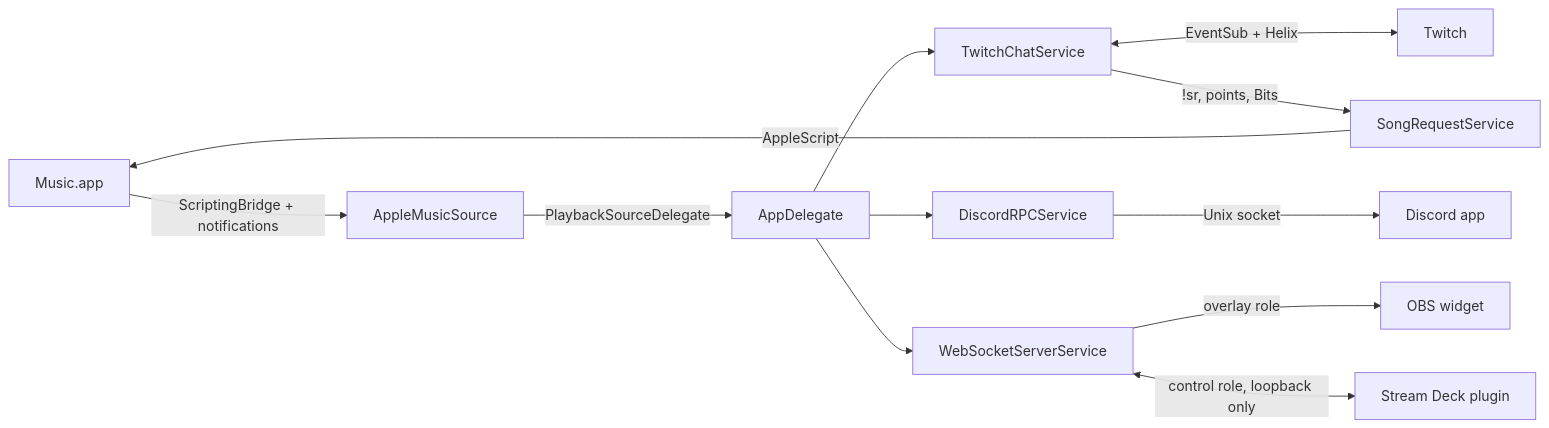
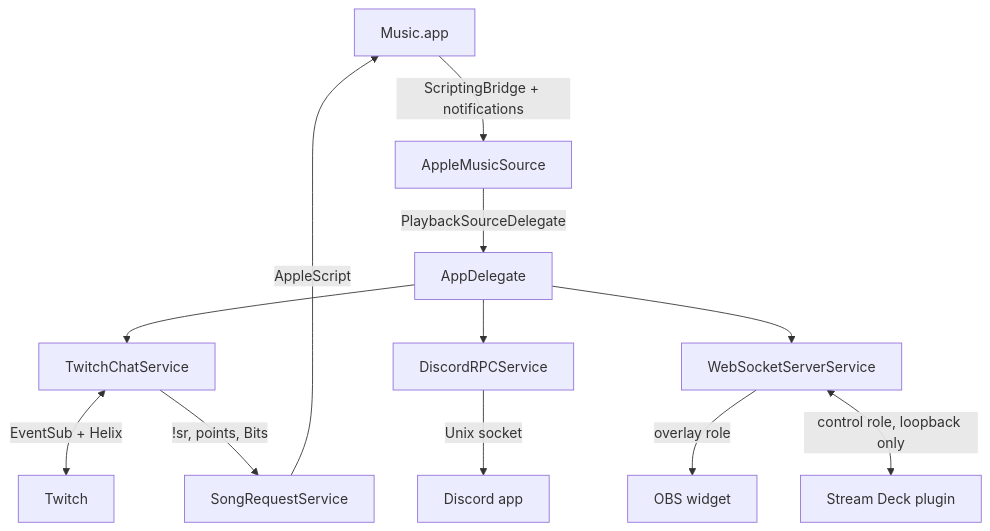
The diagram in apps/docs/content/docs/architecture.mdx (MrDemonWolf/wolfwave), drawn with Mermaid before and after one commit. The commit also changed other lines of this file and 39 other files, not shown here.

````diff
--- a/apps/docs/content/docs/architecture.mdx
+++ b/apps/docs/content/docs/architecture.mdx
@@ -30,14 +30,14 @@
 ```mermaid
-flowchart LR
+flowchart TD
     M[Music.app] -->|ScriptingBridge + notifications| S[AppleMusicSource]
     S -->|PlaybackSourceDelegate| A[AppDelegate]
     A --> T[TwitchChatService]
     A --> D[DiscordRPCService]
     A --> W[WebSocketServerService]
     T <-->|EventSub + Helix| TW[Twitch]
     D -->|Unix socket| DC[Discord app]
     W -->|overlay role| O[OBS widget]
     W <-->|control role, loopback only| SD[Stream Deck plugin]
     T -->|!sr, points, Bits| R[SongRequestService]
     R -->|AppleScript| M
 ```
````
